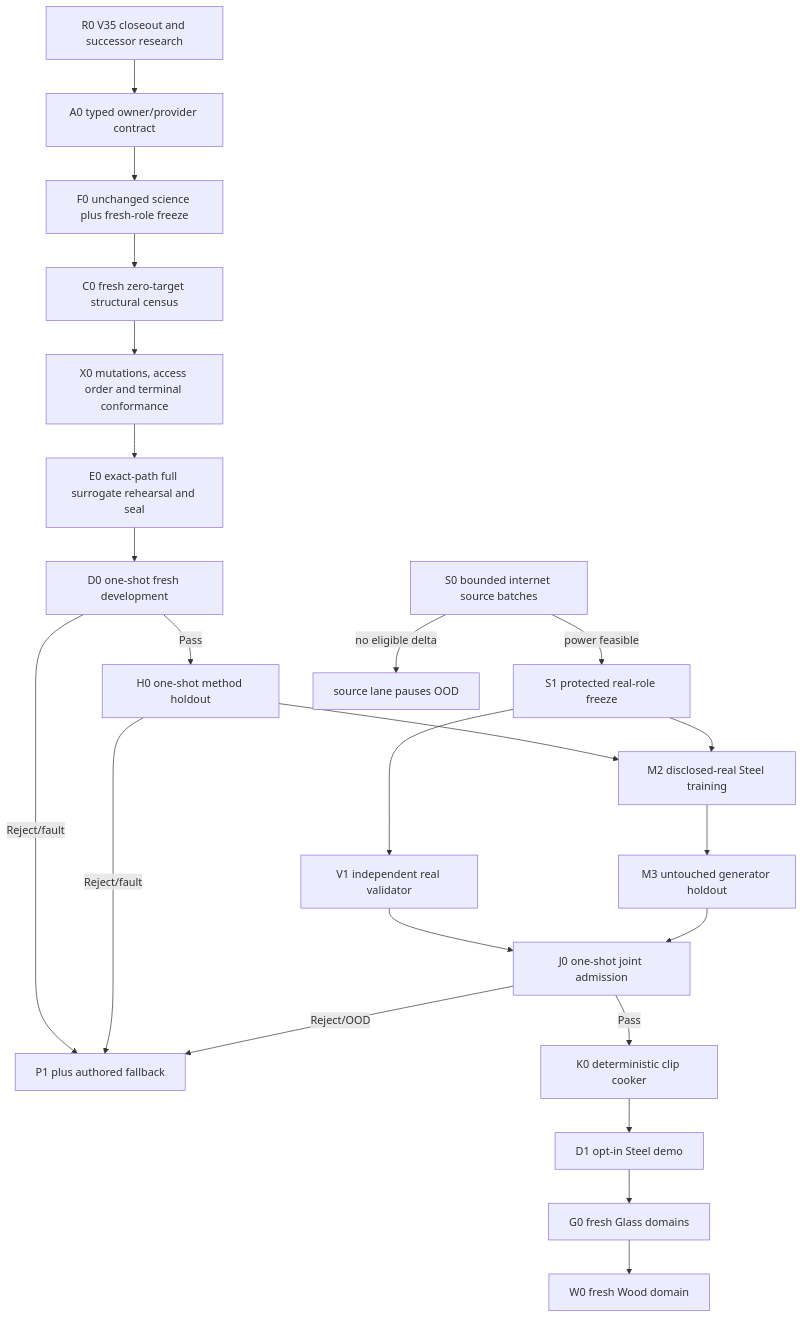
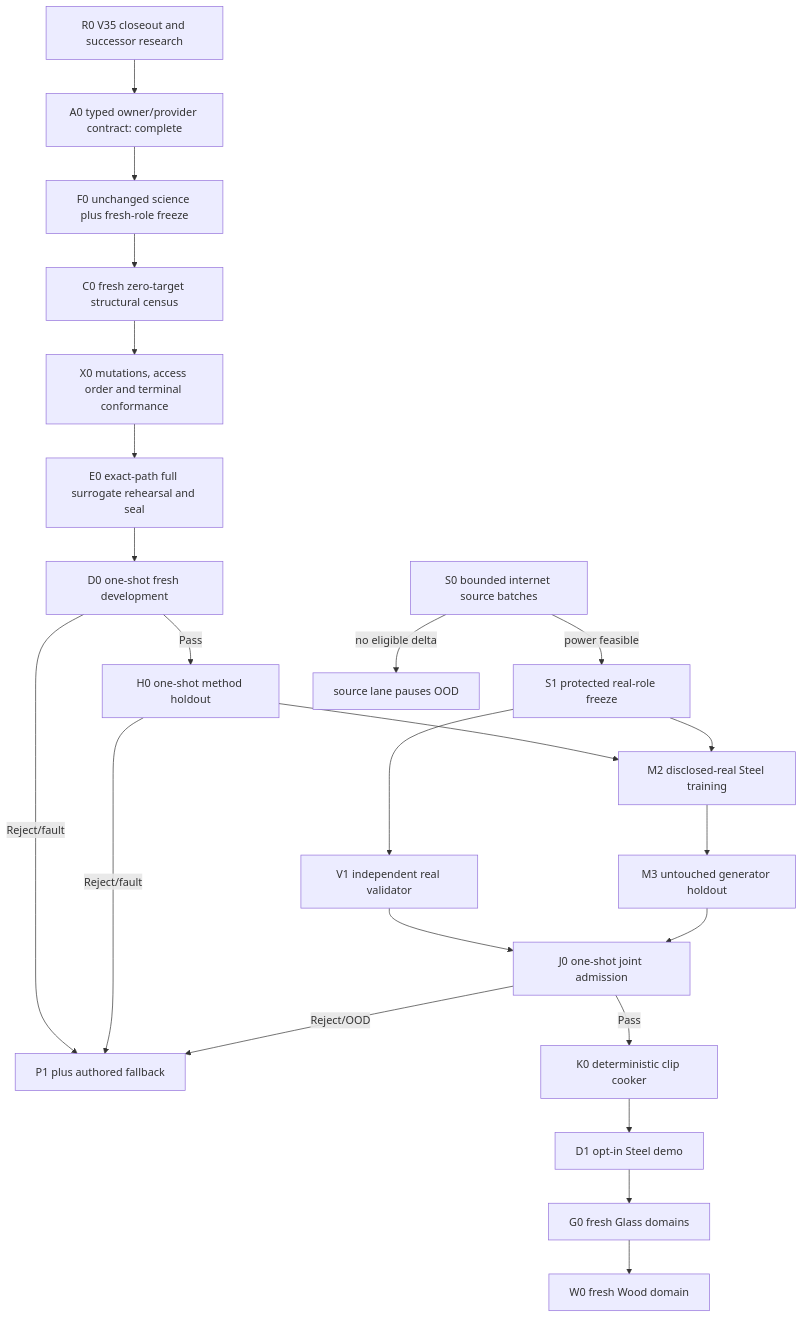
Before and after one commit to kaifaty/NextEngine: the diagram in docs/plans/physical-sound-synthesis-roadmap-v36.md, drawn with Mermaid. The commit also changed other lines of this file and 3 other files, not shown here.

Commit message:
docs(sound): complete V36 A0 owner contract

````diff
--- a/docs/plans/physical-sound-synthesis-roadmap-v36.md
+++ b/docs/plans/physical-sound-synthesis-roadmap-v36.md
@@ -104,27 +105,27 @@
 ```mermaid
 flowchart TD
-    R0["R0 V35 closeout and successor research"] --> A0["A0 typed owner/provider contract"]
+    R0["R0 V35 closeout and successor research"] --> A0["A0 typed owner/provider contract: complete"]
     A0 --> F0["F0 unchanged science plus fresh-role freeze"]
     F0 --> C0["C0 fresh zero-target structural census"]
     C0 --> X0["X0 mutations, access order and terminal conformance"]
     X0 --> E0["E0 exact-path full surrogate rehearsal and seal"]
     E0 --> D0["D0 one-shot fresh development"]
     D0 -->|"Pass"| H0["H0 one-shot method holdout"]
     D0 -->|"Reject/fault"| GF["P1 plus authored fallback"]
     H0 -->|"Reject/fault"| GF
 
     S0["S0 bounded internet source batches"] -->|"power feasible"| S1["S1 protected real-role freeze"]
     S0 -->|"no eligible delta"| SOOD["source lane pauses OOD"]
 
     H0 --> M2["M2 disclosed-real Steel training"]
     S1 --> V1["V1 independent real validator"]
     S1 --> M2
     M2 --> M3["M3 untouched generator holdout"]
     V1 --> J0["J0 one-shot joint admission"]
     M3 --> J0
     J0 -->|"Pass"| K0["K0 deterministic clip cooker"]
     J0 -->|"Reject/OOD"| GF
     K0 --> D1["D1 opt-in Steel demo"]
     D1 --> G0["G0 fresh Glass domains"]
     G0 --> W0["W0 fresh Wood domain"]
 ```
````
